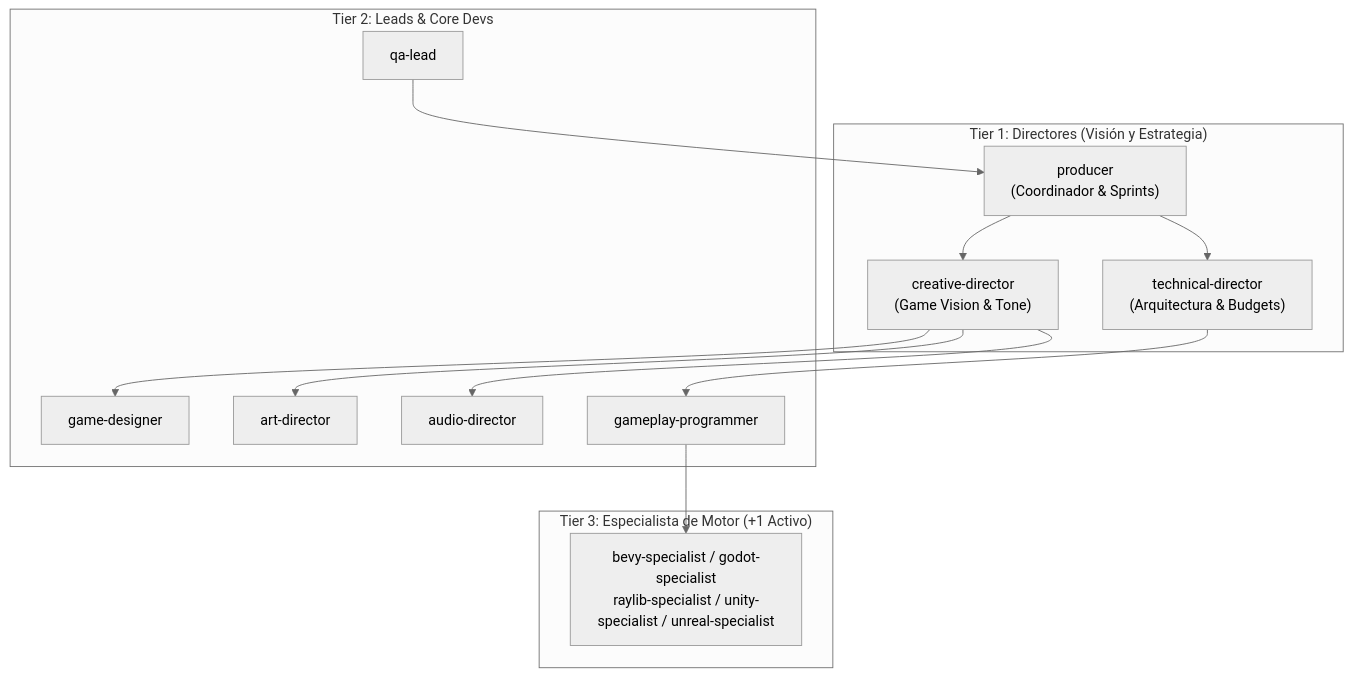
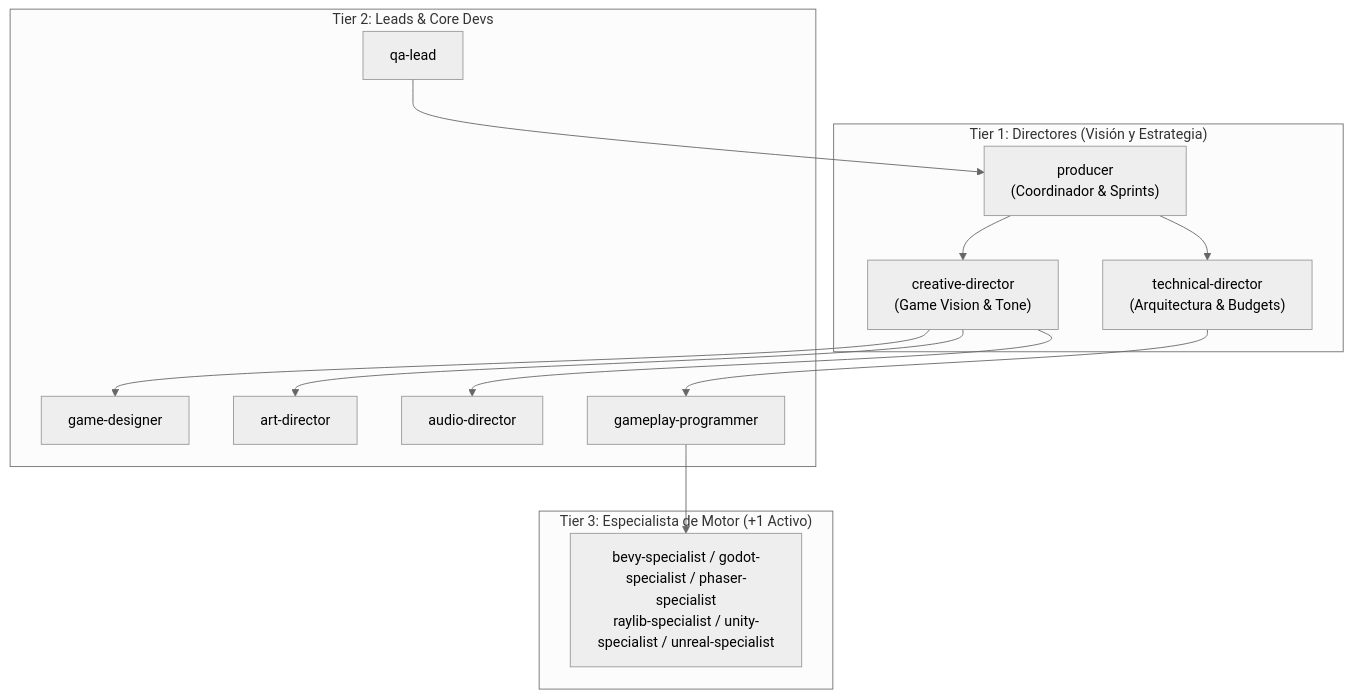
The second of 7 diagrams in docs/architecture-flowcharts.md (Alitoxx/pi-game-studio), drawn with Mermaid (neutral theme) before and after one commit. The commit also changed other lines of this file and 93 other files, not shown here.

````diff
--- a/docs/architecture-flowcharts.md
+++ b/docs/architecture-flowcharts.md
@@ -29,26 +29,26 @@
 ```mermaid
 flowchart TD
     subgraph Directors ["Tier 1: Directores (Visión y Estrategia)"]
         Producer["producer<br/>(Coordinador & Sprints)"]
         CD["creative-director<br/>(Game Vision & Tone)"]
         TD["technical-director<br/>(Arquitectura & Budgets)"]
     end
 
     subgraph Leads ["Tier 2: Leads & Core Devs"]
         GD["game-designer"]
         GP["gameplay-programmer"]
         AD["art-director"]
         AudioD["audio-director"]
         QALead["qa-lead"]
     end
 
     subgraph EngineSpecialist ["Tier 3: Especialista de Motor (+1 Activo)"]
-        Spec["bevy-specialist / godot-specialist<br/>raylib-specialist / unity-specialist / unreal-specialist"]
+        Spec["bevy-specialist / godot-specialist / phaser-specialist<br/>raylib-specialist / unity-specialist / unreal-specialist"]
     end
 
     Producer --> CD & TD
     TD --> GP
     CD --> GD & AD & AudioD
     GP --> Spec
     QALead --> Producer
 ```
````
